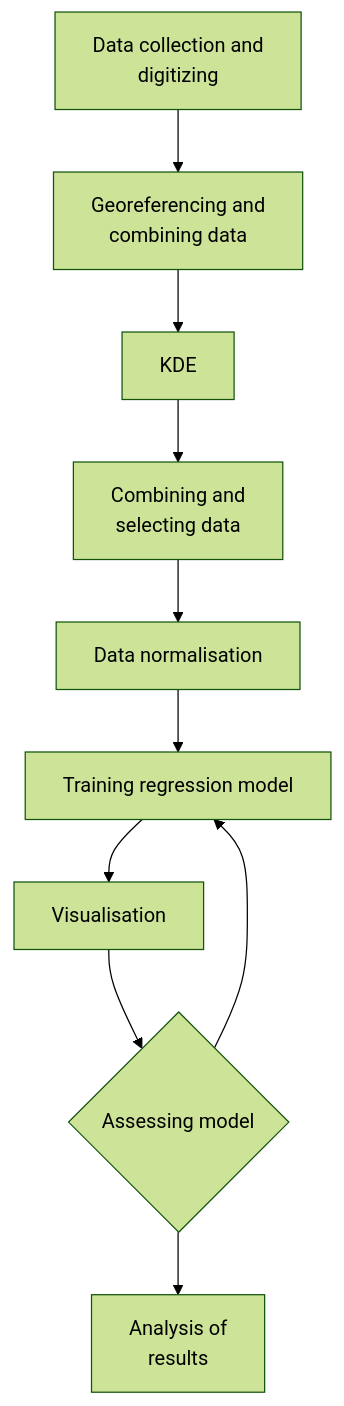
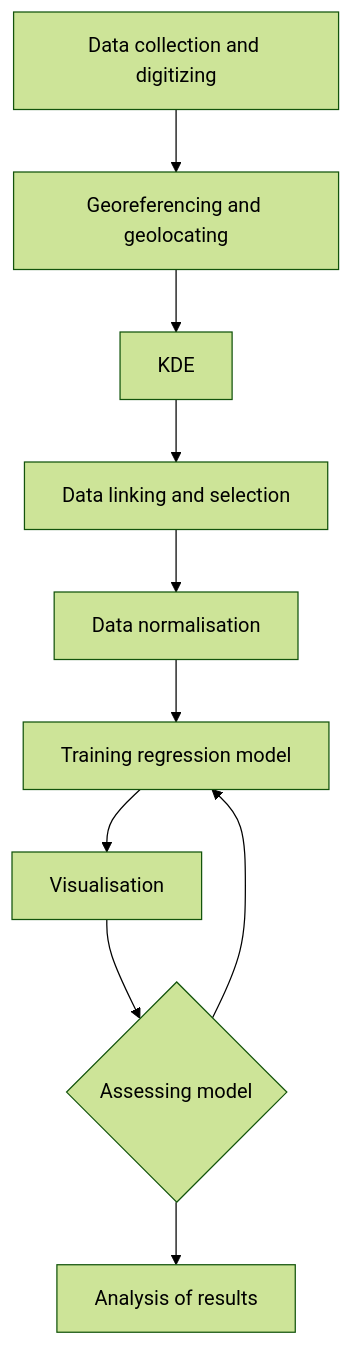
The diagram in spathum-2024/spathum-2024.qmd (AnttiHaerkoenen/luennot), drawn with Mermaid (forest theme) before and after one commit. The commit also changed other lines of this file and 13 other files, not shown here.

````diff
--- a/spathum-2024/spathum-2024.qmd
+++ b/spathum-2024/spathum-2024.qmd
@@ -98,16 +95,12 @@
 ```{mermaid}
 flowchart TB
-    A["Data collection and
-     digitizing"] --> B["Georeferencing and 
-     combining data"]
+    A["Data collection and digitizing"] --> B["Georeferencing and geolocating"]
     B --> C["KDE"]
-    C --> D["Combining and 
-    selecting data"]
+    C --> D["Data linking and selection"]
     D --> E["Data normalisation"]
     E --> F["Training regression model"]
     F --> G["Visualisation"]
     G --> H{"Assessing model"}
-    H --> I["Analysis of 
-    results"]
+    H --> I["Analysis of results"]
     H --> F
 ```
````
